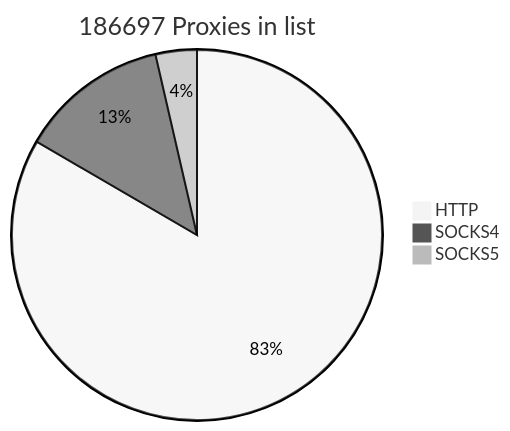
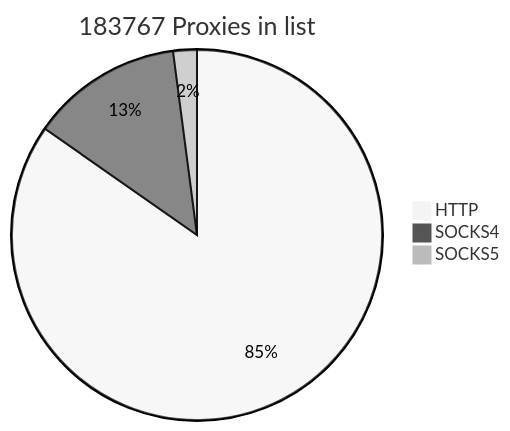
Before and after one commit to cutipu/proxylist: the first of 2 diagrams in README.md, drawn with Mermaid (neutral theme). The commit also changed other lines of this file, not shown here.

````diff
--- a/README.md
+++ b/README.md
@@ -2,7 +2,7 @@
 ```mermaid
-pie title 186697 Proxies in list
+pie title 183767 Proxies in list
     "HTTP" : 155676
-    "SOCKS4" : 24296
-    "SOCKS5" : 6725
+    "SOCKS4" : 24295
+    "SOCKS5" : 3796
             
 ```
````
